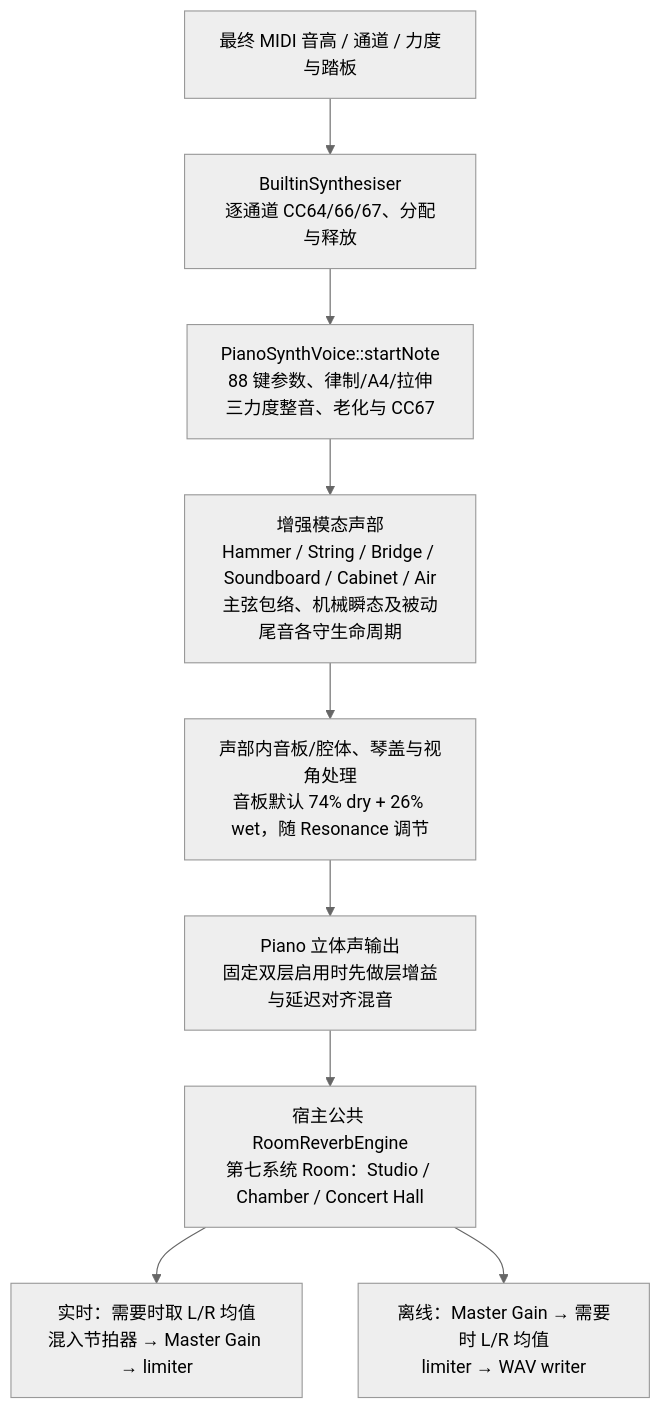
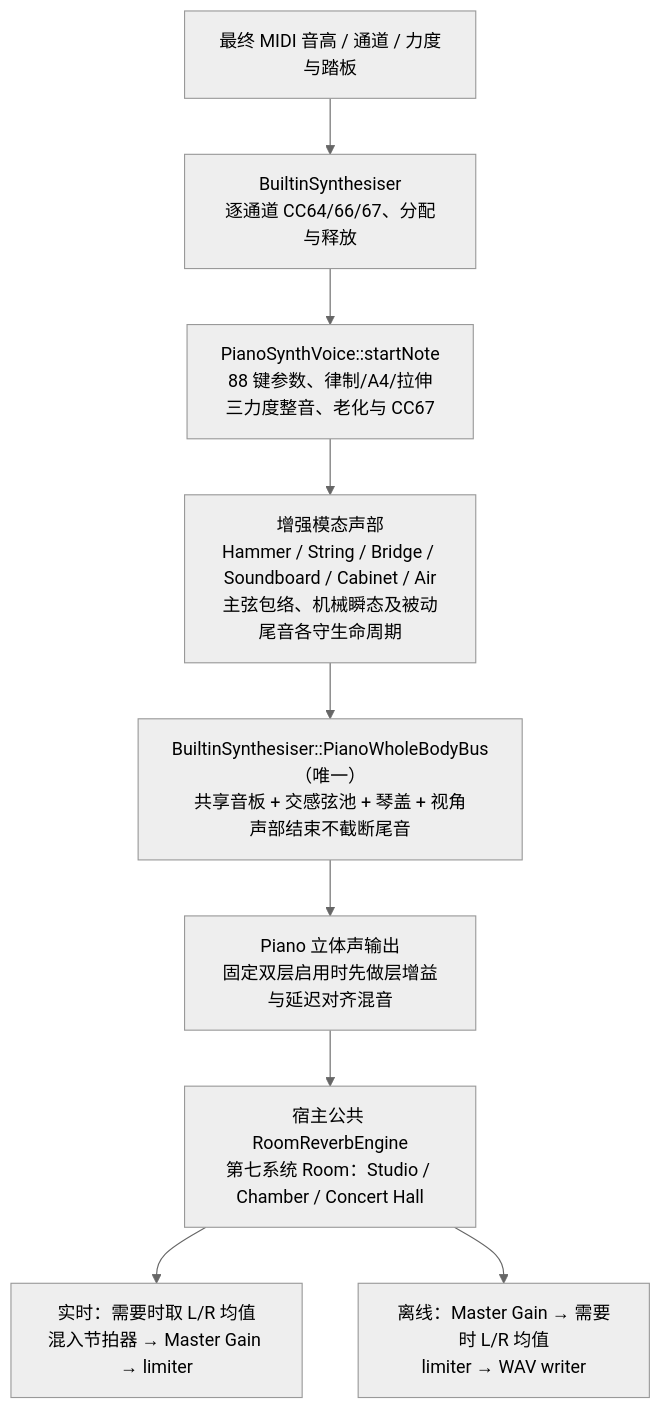
One commit to 0xnayuta/devpiano changed the diagram in docs/reference/features/builtin-piano-synthesis.md. Above: the diagram before and after it, drawn with Mermaid (neutral theme). The commit also changed other lines of this file and 22 other files, not shown here.

First line of the commit message:
refactor: converge piano acoustics into shared whole-body bus

````diff
--- a/docs/reference/features/builtin-piano-synthesis.md
+++ b/docs/reference/features/builtin-piano-synthesis.md
@@ -41,11 +41,11 @@
 ```mermaid
 flowchart TD
     Midi["最终 MIDI 音高 / 通道 / 力度与踏板"] --> Owner["BuiltinSynthesiser<br/>逐通道 CC64/66/67、分配与释放"]
     Owner --> Attack["PianoSynthVoice::startNote<br/>88 键参数、律制/A4/拉伸<br/>三力度整音、老化与 CC67"]
     Attack --> Voice["增强模态声部<br/>Hammer / String / Bridge / Soundboard / Cabinet / Air<br/>主弦包络、机械瞬态及被动尾音各守生命周期"]
-    Voice --> Space["声部内音板/腔体、琴盖与视角处理<br/>音板默认 74% dry + 26% wet，随 Resonance 调节"]
+    Voice --> Space["BuiltinSynthesiser::PianoWholeBodyBus（唯一）<br/>共享音板 + 交感弦池 + 琴盖 + 视角<br/>声部结束不截断尾音"]
     Space --> Stereo["Piano 立体声输出<br/>固定双层启用时先做层增益与延迟对齐混音"]
     Stereo --> Room["宿主公共 RoomReverbEngine<br/>第七系统 Room：Studio / Chamber / Concert Hall"]
     Room --> Realtime["实时：需要时取 L/R 均值<br/>混入节拍器 → Master Gain → limiter"]
     Room --> Offline["离线：Master Gain → 需要时 L/R 均值<br/>limiter → WAV writer"]
 ```
````
